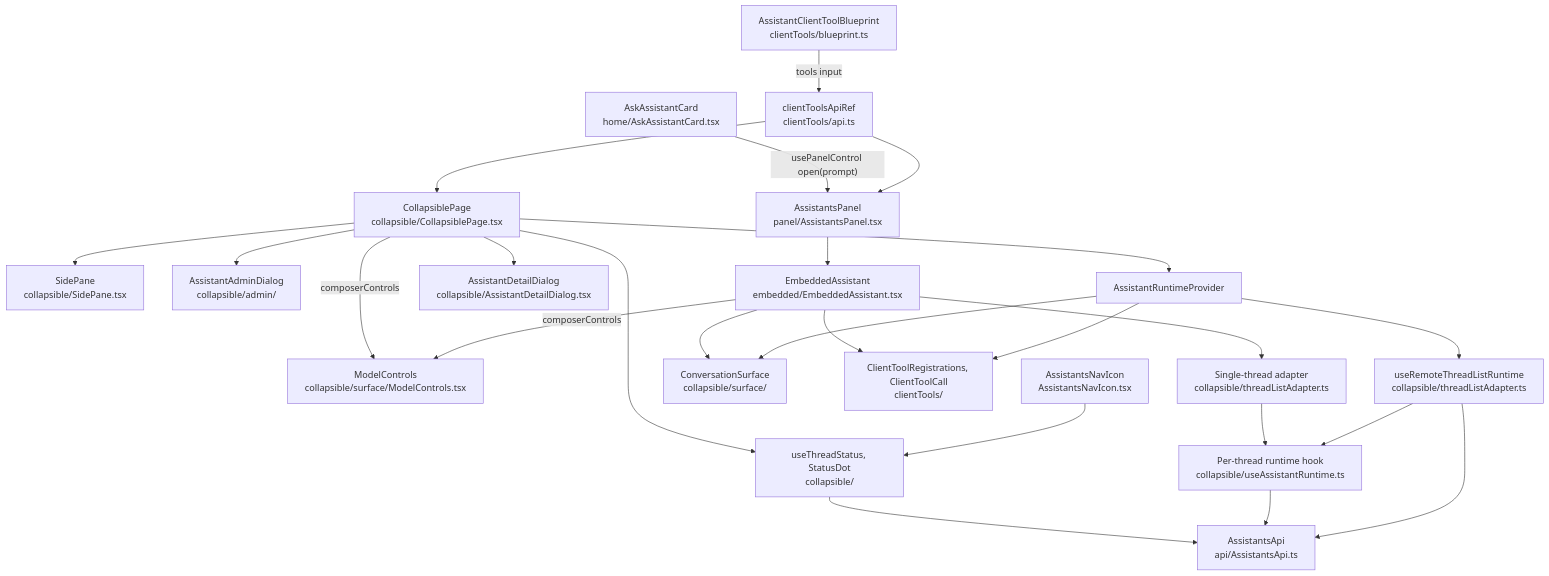
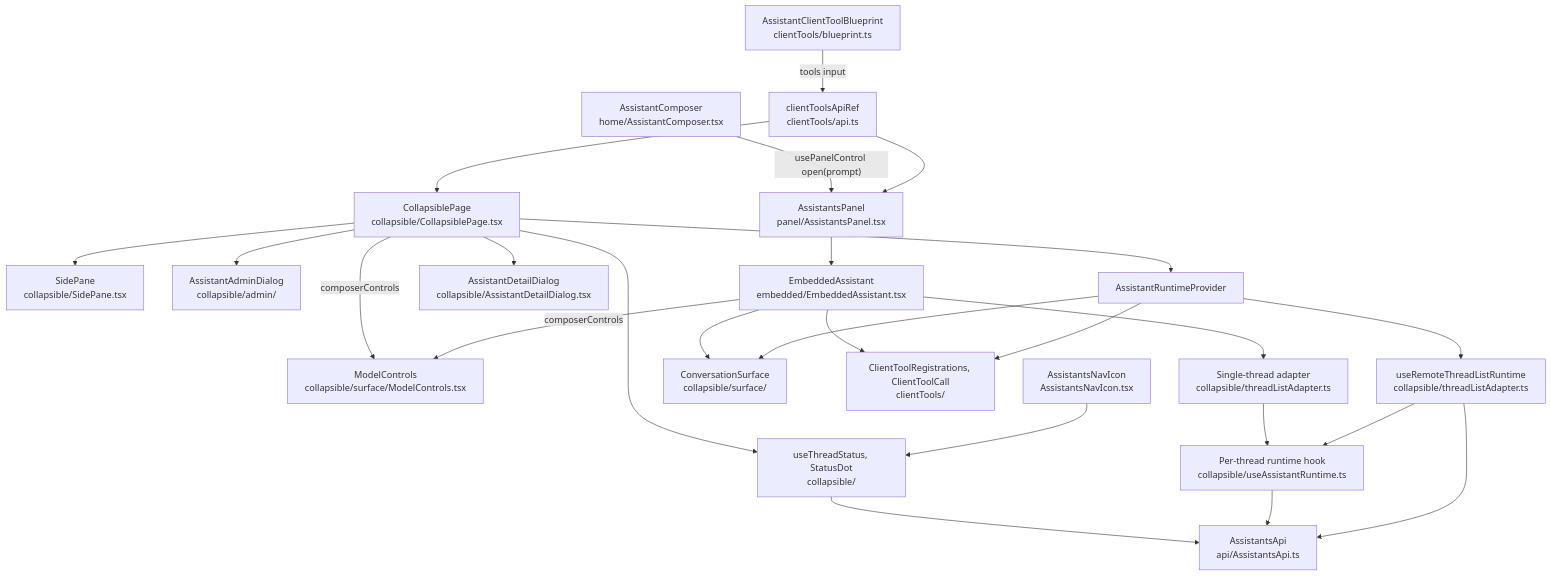
One commit to drewswiredin/backstage-assistants changed the sixth of 7 diagrams in docs/architecture.md. Above: the diagram before and after it, drawn with Mermaid. The commit also changed other lines of this file and 12 other files, not shown here.

````diff
--- a/docs/architecture.md
+++ b/docs/architecture.md
@@ -357,46 +357,46 @@
 ```mermaid
 flowchart TB
   CP["CollapsiblePage\ncollapsible/CollapsiblePage.tsx"]
   SP["SidePane\ncollapsible/SidePane.tsx"]
   MC["ModelControls\ncollapsible/surface/ModelControls.tsx"]
   AD["AssistantAdminDialog\ncollapsible/admin/"]
   RP["AssistantRuntimeProvider"]
   RL["useRemoteThreadListRuntime\ncollapsible/threadListAdapter.ts"]
   RH["Per-thread runtime hook\ncollapsible/useAssistantRuntime.ts"]
   CS["ConversationSurface\ncollapsible/surface/"]
   API["AssistantsApi\napi/AssistantsApi.ts"]
   DD["AssistantDetailDialog\ncollapsible/AssistantDetailDialog.tsx"]
   TS["useThreadStatus, StatusDot\ncollapsible/"]
   CT["ClientToolRegistrations, ClientToolCall\nclientTools/"]
   BP["AssistantClientToolBlueprint\nclientTools/blueprint.ts"]
   NI["AssistantsNavIcon\nAssistantsNavIcon.tsx"]
   PN["AssistantsPanel\npanel/AssistantsPanel.tsx"]
-  HC["AskAssistantCard\nhome/AskAssistantCard.tsx"]
+  HC["AssistantComposer\nhome/AssistantComposer.tsx"]
   EA["EmbeddedAssistant\nembedded/EmbeddedAssistant.tsx"]
   SA["Single-thread adapter\ncollapsible/threadListAdapter.ts"]
   CA["clientToolsApiRef\nclientTools/api.ts"]
   PN --> EA
   HC -->|"usePanelControl open(prompt)"| PN
   EA --> SA
   SA --> RH
   EA --> CT
   EA --> CS
   CA --> PN
   CP --> SP
   CP --> DD
   CP --> TS
   NI --> TS
   RP --> CT
   BP -->|"tools input"| CA
   CA --> CP
   TS --> API
   CP -->|"composerControls"| MC
   EA -->|"composerControls"| MC
   CP --> AD
   CP --> RP
   RP --> RL
   RL --> RH
   RP --> CS
   RH --> API
   RL --> API
 ```
````
